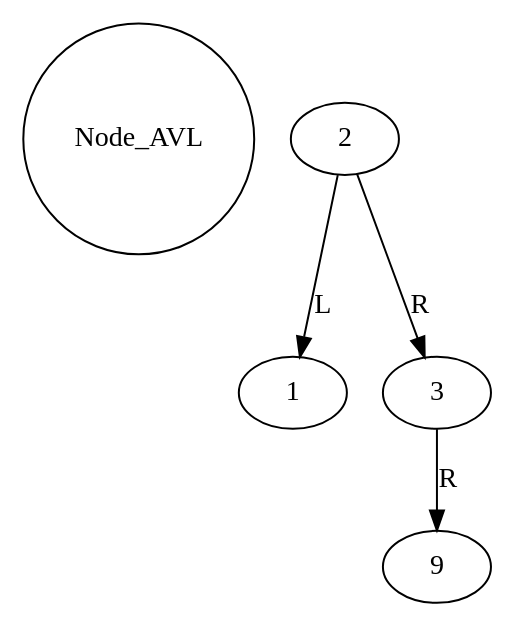
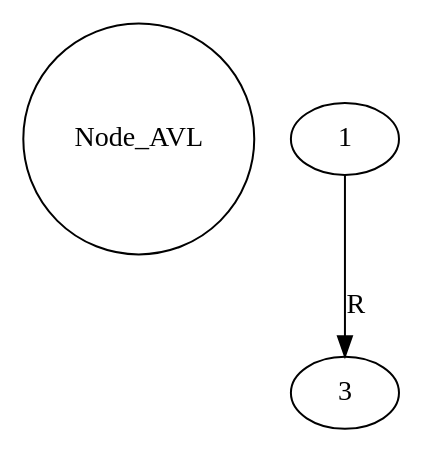
The diagram in Fase2/grafica_AVL.dot (helenrodas/FasesProyectoEDD1S_202200066), drawn with Graphviz before and after one commit. The commit also changed 11 other files, not shown here.

```diff
--- a/Fase2/grafica_AVL.dot
+++ b/Fase2/grafica_AVL.dot
@@ -1,10 +1,6 @@
 digraph G{
 Node_AVL [shape=circle];
-"1713706601728"[label="2"];
-"1713706601600"[label="1"];
-"1713706495712"[label="3"];
-"1713712889584"[label="9"];
-"1713706601728" -> "1713706601600" [label = "L"];
-"1713706601728" -> "1713706495712" [label = "R"];
-"1713706495712" -> "1713712889584" [label = "R"];
+"1768926645504"[label="1"];
+"1768925753056"[label="3"];
+"1768926645504" -> "1768925753056" [label = "R"];
 }
```
